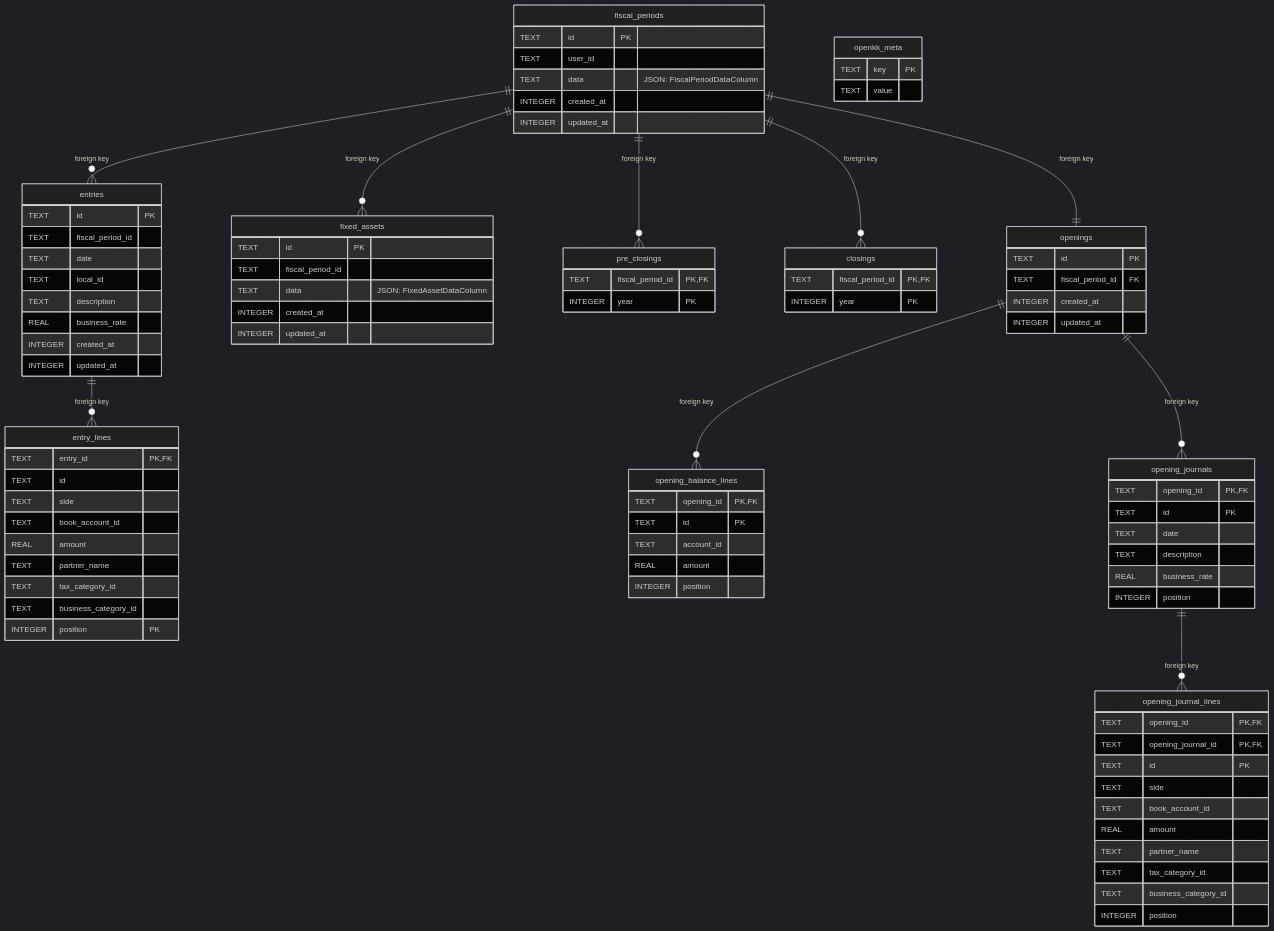
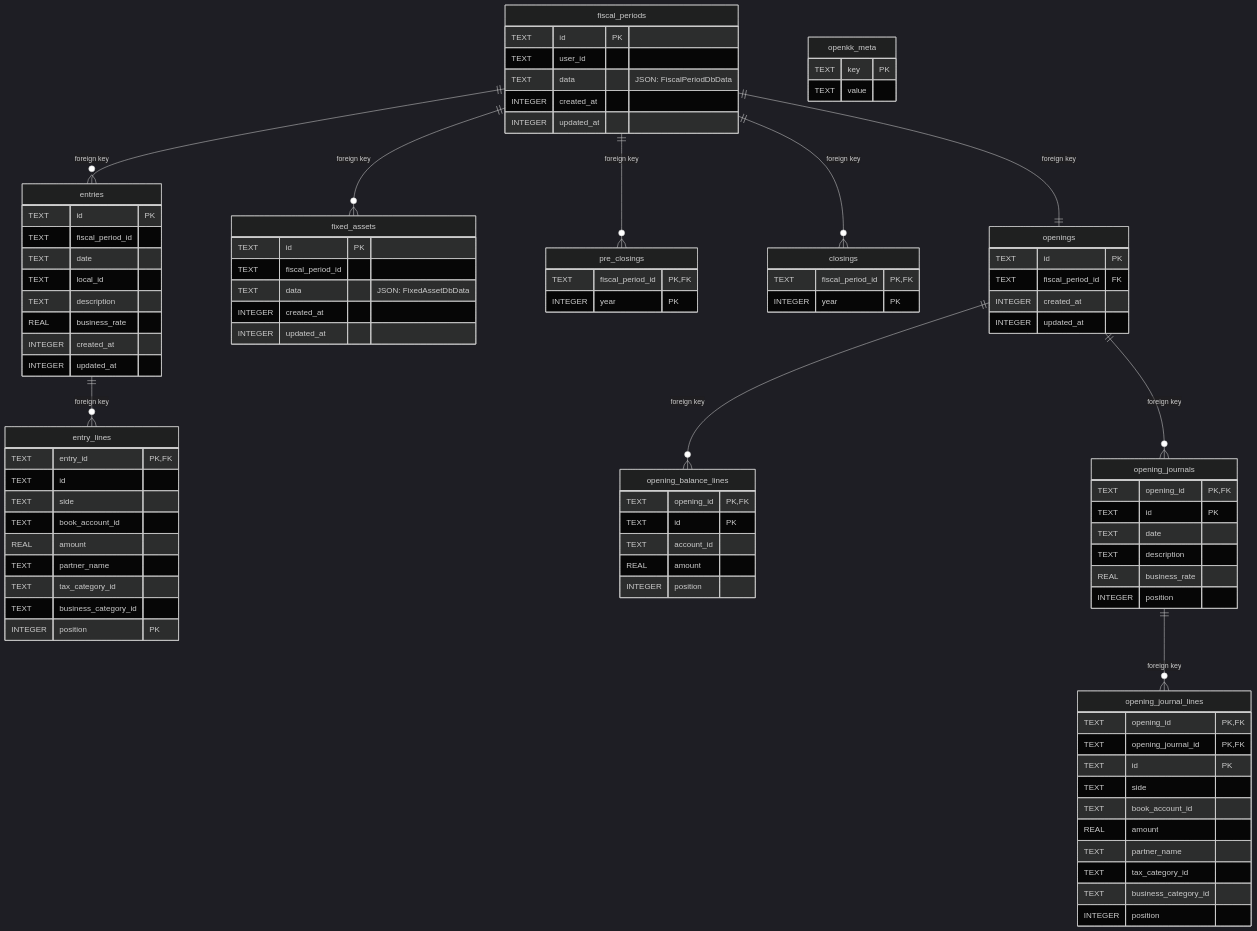
Before and after one commit to rubydogjp/openkk: the diagram in docs/database-schema.md, drawn with Mermaid (dark theme). The commit also changed other lines of this file and 99 other files, not shown here.

```diff
--- a/docs/database-schema.md
+++ b/docs/database-schema.md
@@ -21,7 +21,7 @@
   fiscal_periods {
     TEXT id PK
     TEXT user_id
-    TEXT data "JSON: FiscalPeriodDataColumn"
+    TEXT data "JSON: FiscalPeriodDbData"
     INTEGER created_at
     INTEGER updated_at
   }
@@ -82,7 +82,7 @@
   fixed_assets {
     TEXT id PK
     TEXT fiscal_period_id
-    TEXT data "JSON: FixedAssetDataColumn"
+    TEXT data "JSON: FixedAssetDbData"
     INTEGER created_at
     INTEGER updated_at
   }
```
